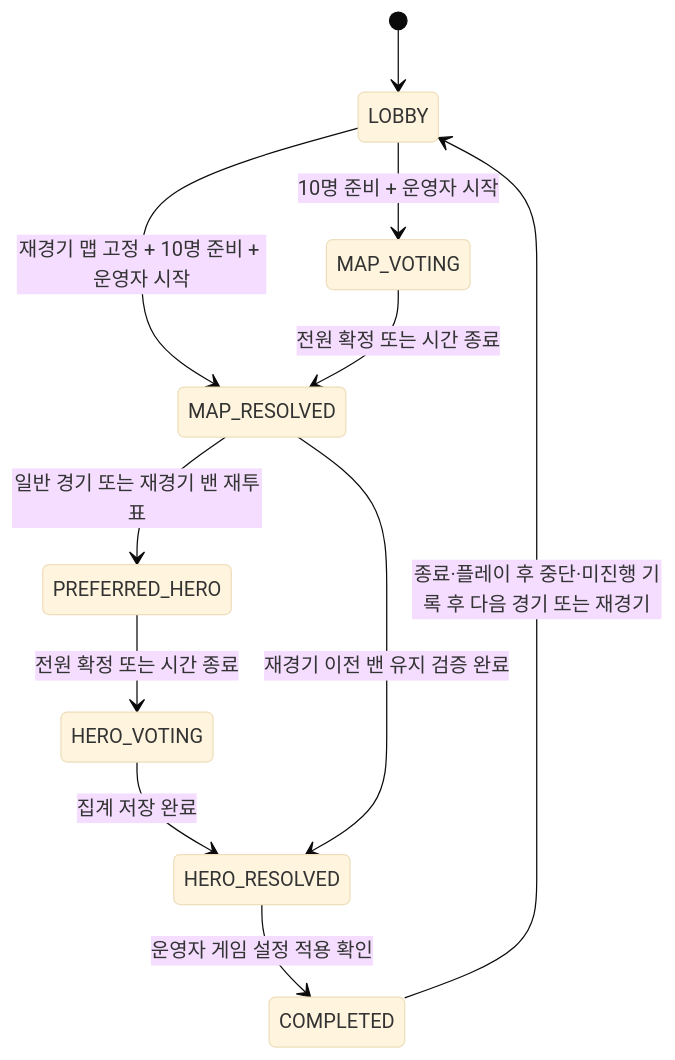
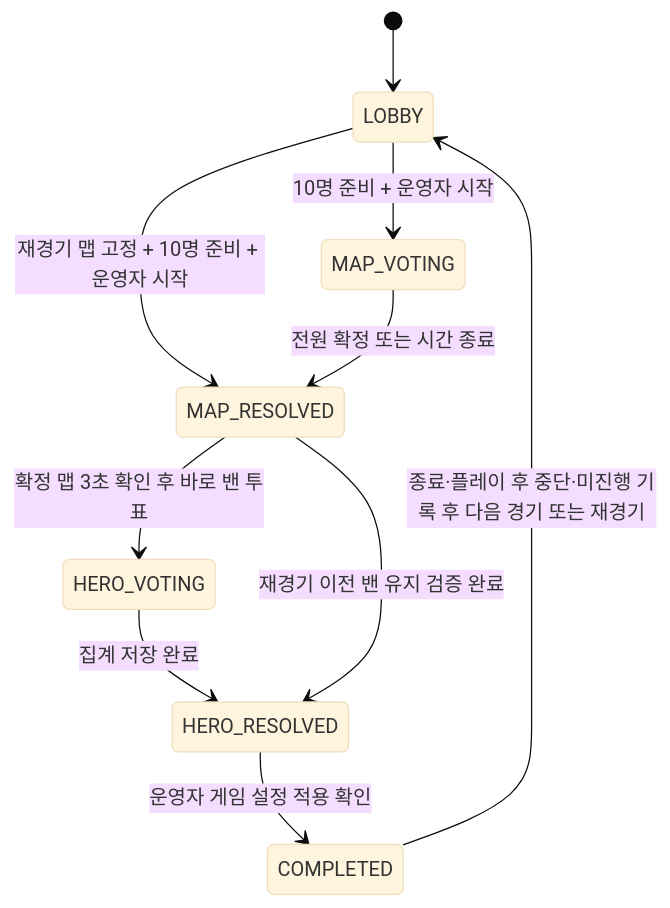
Before and after one commit to Overwatch-KR/owkr-balance: the first of 2 diagrams in docs/realtime-draft-spec.md, drawn with Mermaid (base theme). The commit also changed other lines of this file and 28 other files, not shown here.

````diff
--- a/docs/realtime-draft-spec.md
+++ b/docs/realtime-draft-spec.md
@@ -597,13 +595,12 @@
 ```mermaid
 stateDiagram-v2
     [*] --> LOBBY
     LOBBY --> MAP_VOTING: 10명 준비 + 운영자 시작
     LOBBY --> MAP_RESOLVED: 재경기 맵 고정 + 10명 준비 + 운영자 시작
     MAP_VOTING --> MAP_RESOLVED: 전원 확정 또는 시간 종료
-    MAP_RESOLVED --> PREFERRED_HERO: 일반 경기 또는 재경기 밴 재투표
-    PREFERRED_HERO --> HERO_VOTING: 전원 확정 또는 시간 종료
+    MAP_RESOLVED --> HERO_VOTING: 확정 맵 3초 확인 후 바로 밴 투표
     HERO_VOTING --> HERO_RESOLVED: 집계 저장 완료
     MAP_RESOLVED --> HERO_RESOLVED: 재경기 이전 밴 유지 검증 완료
     HERO_RESOLVED --> COMPLETED: 운영자 게임 설정 적용 확인
     COMPLETED --> LOBBY: 종료·플레이 후 중단·미진행 기록 후 다음 경기 또는 재경기
 ```
````
